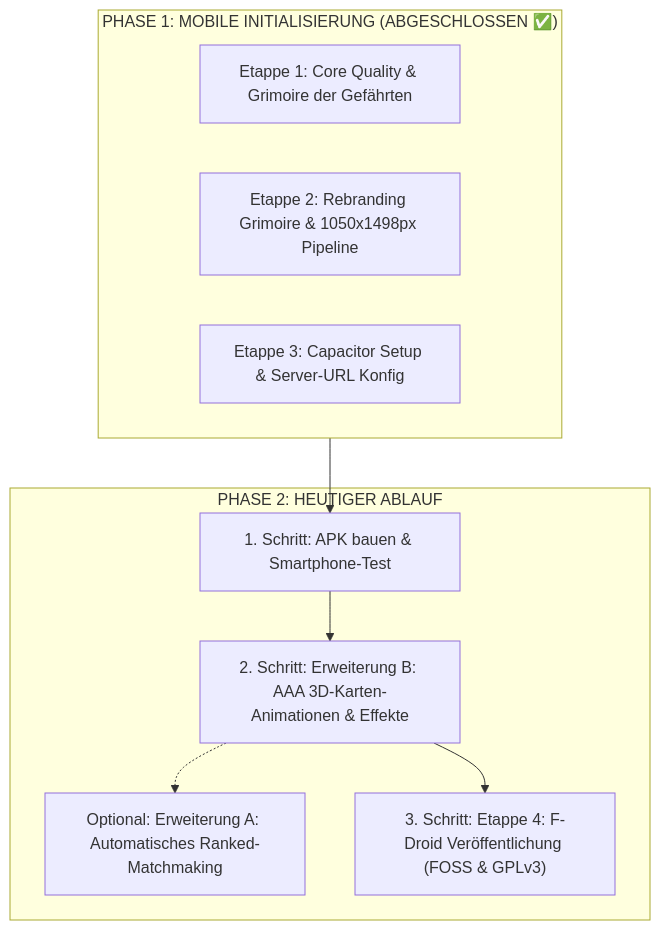
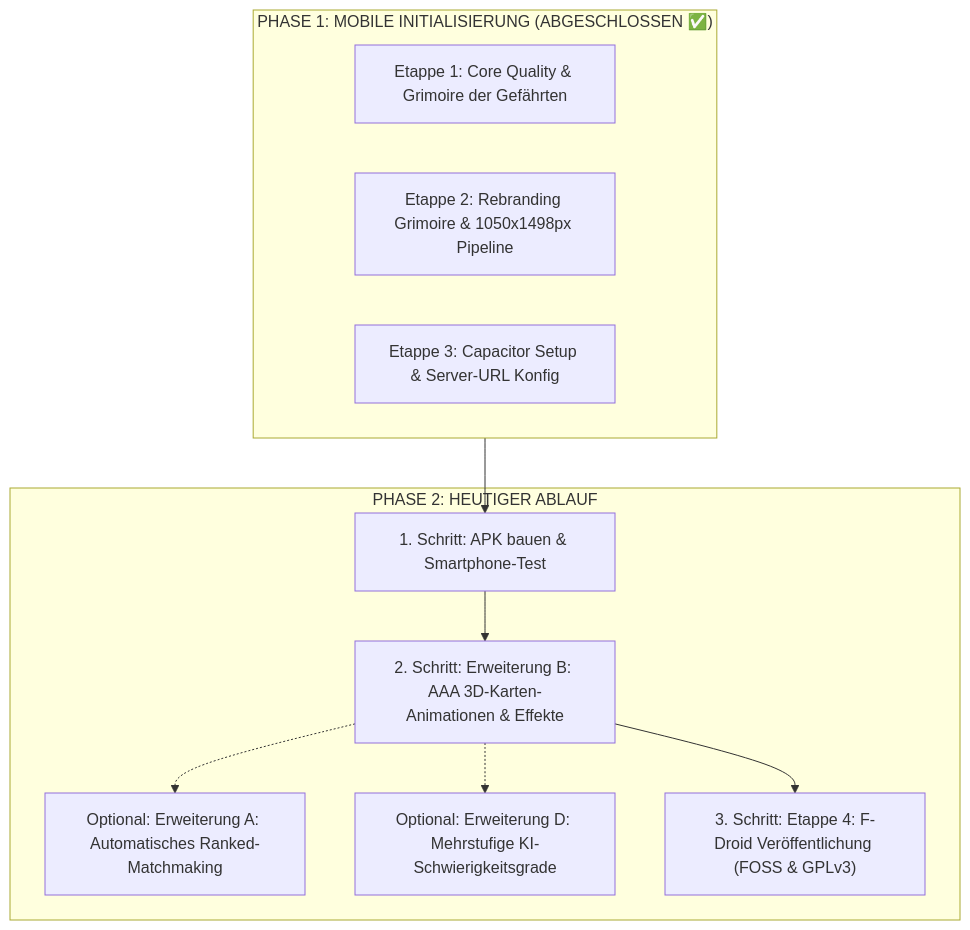
One commit to Apfeltaeschchen/wizard-game changed the diagram in ROADMAP.md. Above: the diagram before and after it, drawn with Mermaid. The commit also changed other lines of this file and 6 other files, not shown here.

Commit message:
feat(ui): uniform table vignette, docked trump talisman, ergonomic seat pills, companions in citadel menu, and multi-tier AI roadmap

````diff
--- a/ROADMAP.md
+++ b/ROADMAP.md
@@ -45,18 +45,20 @@
 ```mermaid
 flowchart TD
     subgraph P1["PHASE 1: MOBILE INITIALISIERUNG (ABGESCHLOSSEN ✅)"]
         E3_1["Etappe 1: Core Quality & Grimoire der Gefährten"]
         E3_2["Etappe 2: Rebranding Grimoire & 1050x1498px Pipeline"]
         E3_3["Etappe 3: Capacitor Setup & Server-URL Konfig"]
     end
 
     subgraph P2["PHASE 2: HEUTIGER ABLAUF"]
         S1["1. Schritt: APK bauen & Smartphone-Test"]
         S2["2. Schritt: Erweiterung B: AAA 3D-Karten-Animationen & Effekte"]
         S2A["Optional: Erweiterung A: Automatisches Ranked-Matchmaking"]
+        S2D["Optional: Erweiterung D: Mehrstufige KI-Schwierigkeitsgrade"]
         S3["3. Schritt: Etappe 4: F-Droid Veröffentlichung (FOSS & GPLv3)"]
     end
 
     P1 --> S1 --> S2 --> S3
     S2 -.-> S2A
+    S2 -.-> S2D
 ```
````
